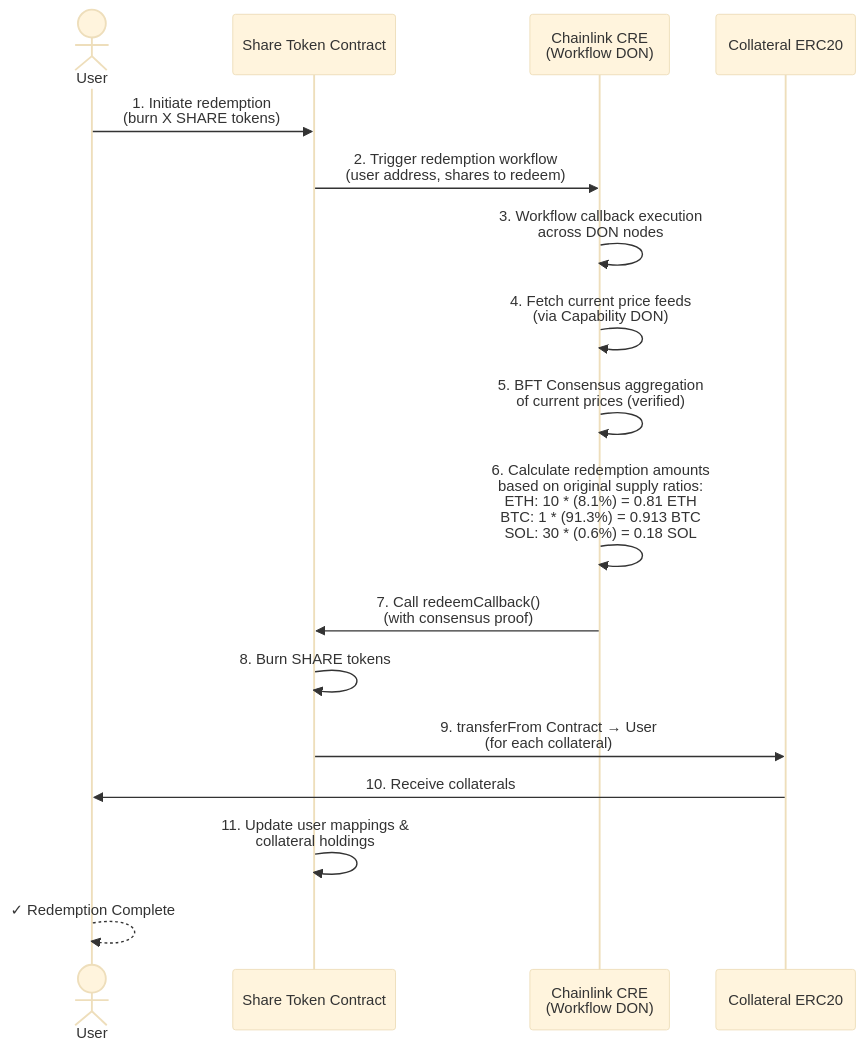
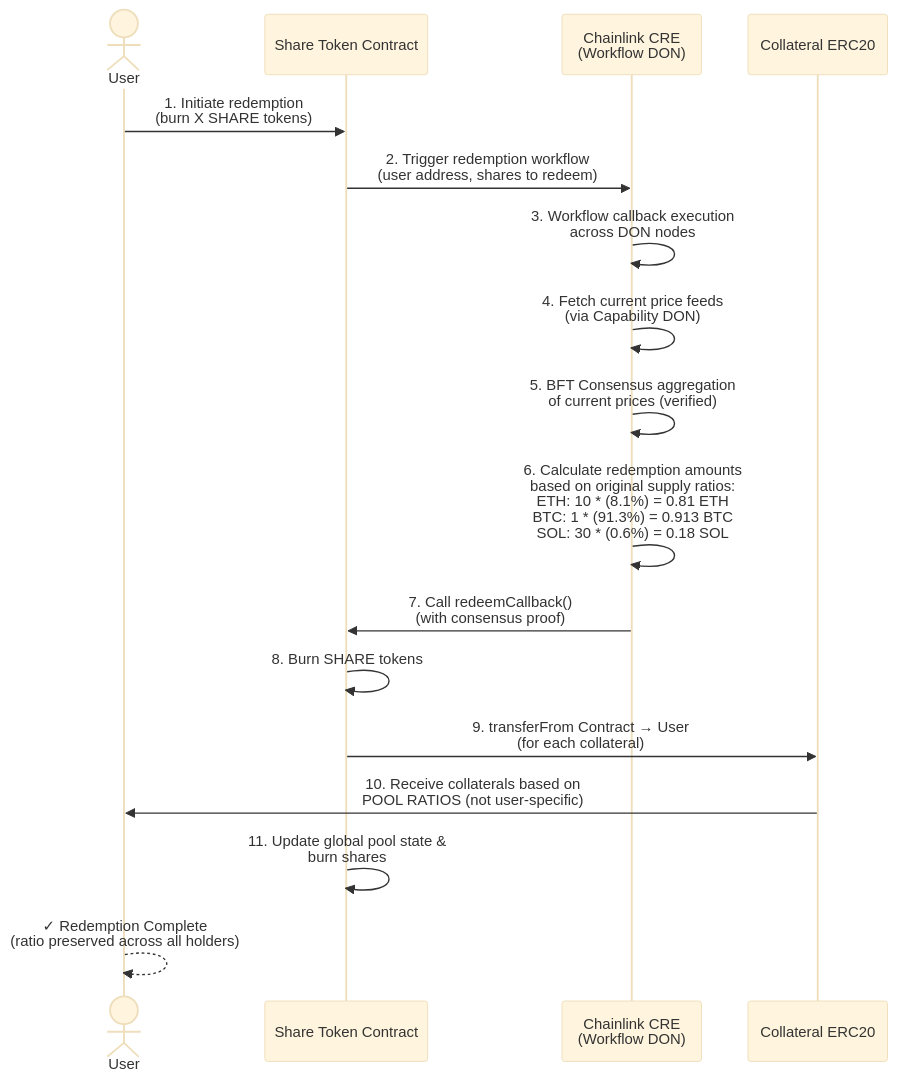
The fourth of 4 diagrams in UNIFIED_SHARE_TOKEN_WORKFLOW.md (BOBseal/botsofbtc_automations), drawn with Mermaid (base theme) before and after one commit. The commit also changed other lines of this file, not shown here.

````diff
--- a/UNIFIED_SHARE_TOKEN_WORKFLOW.md
+++ b/UNIFIED_SHARE_TOKEN_WORKFLOW.md
@@ -132,28 +310,28 @@
 ```mermaid
 sequenceDiagram
     actor User
     participant ShareToken as Share Token Contract
     participant CRE as Chainlink CRE<br/>(Workflow DON)
     participant Collateral as Collateral ERC20
     
     User->>ShareToken: 1. Initiate redemption<br/>(burn X SHARE tokens)
     
     ShareToken->>CRE: 2. Trigger redemption workflow<br/>(user address, shares to redeem)
     
     CRE->>CRE: 3. Workflow callback execution<br/>across DON nodes
     CRE->>CRE: 4. Fetch current price feeds<br/>(via Capability DON)
     CRE->>CRE: 5. BFT Consensus aggregation<br/>of current prices (verified)
     CRE->>CRE: 6. Calculate redemption amounts<br/>based on original supply ratios:<br/>ETH: 10 * (8.1%) = 0.81 ETH<br/>BTC: 1 * (91.3%) = 0.913 BTC<br/>SOL: 30 * (0.6%) = 0.18 SOL
     
     CRE->>ShareToken: 7. Call redeemCallback()<br/>(with consensus proof)
     
     ShareToken->>ShareToken: 8. Burn SHARE tokens
     
     ShareToken->>Collateral: 9. transferFrom Contract → User<br/>(for each collateral)
     
-    Collateral->>User: 10. Receive collaterals
+    Collateral->>User: 10. Receive collaterals based on<br/>POOL RATIOS (not user-specific)
     
-    ShareToken->>ShareToken: 11. Update user mappings &<br/>collateral holdings
+    ShareToken->>ShareToken: 11. Update global pool state &<br/>burn shares
     
-    User-->>User: ✓ Redemption Complete
+    User-->>User: ✓ Redemption Complete<br/>(ratio preserved across all holders)
 ```
````
